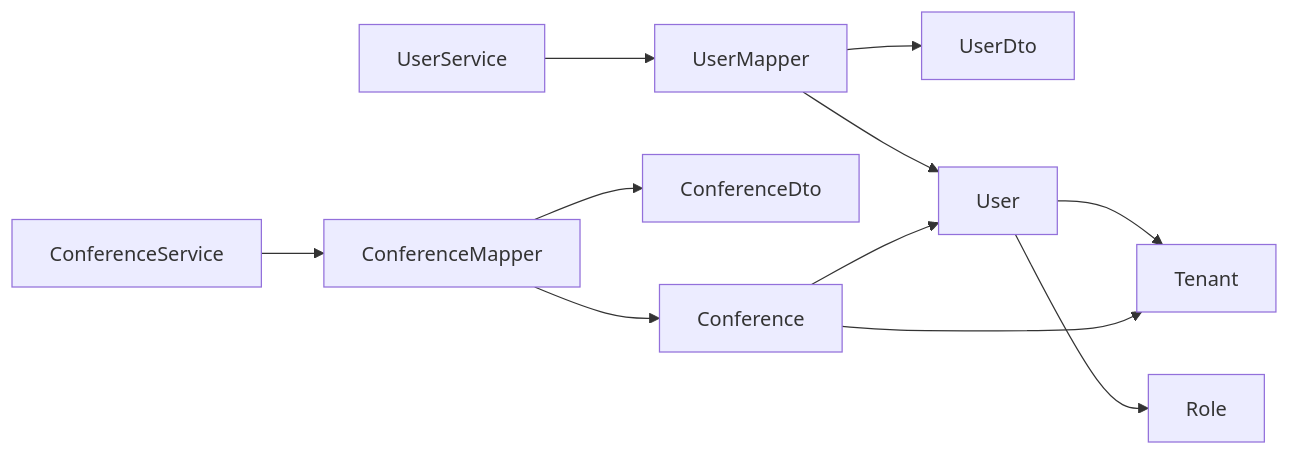
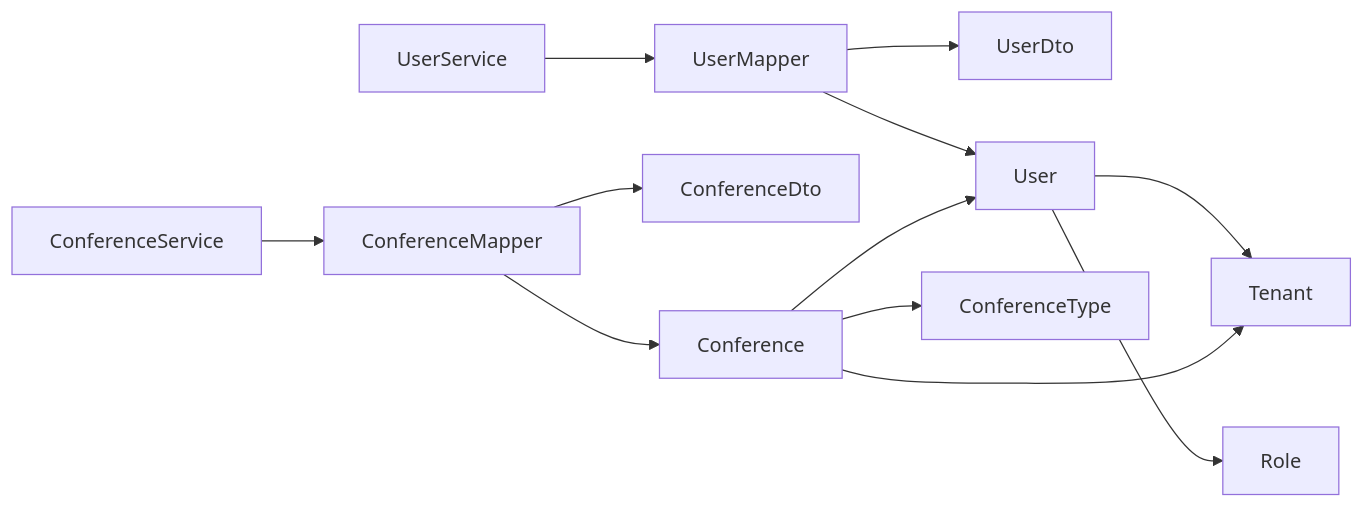
Before and after one commit to Vostrikov2014/vks-qoder: the fifth of 5 diagrams in .qoder/repowiki/en/content/Backend Modules/Application Layer/Object Mapping and Conversion.md, drawn with Mermaid. The commit also changed other lines of this file and 15 other files, not shown here.

````diff
--- a/.qoder/repowiki/en/content/Backend Modules/Application Layer/Object Mapping and Conversion.md
+++ b/.qoder/repowiki/en/content/Backend Modules/Application Layer/Object Mapping and Conversion.md
@@ -371,13 +403,14 @@
 ```mermaid
 graph LR
 USvc["UserService"] --> UM["UserMapper"]
 CSvc["ConferenceService"] --> CM["ConferenceMapper"]
 UM --> UDTO["UserDto"]
 UM --> UE["User"]
 CM --> CDTO["ConferenceDto"]
 CM --> CE["Conference"]
+CE --> CT["ConferenceType"]
 UE --> TE["Tenant"]
 UE --> RE["Role"]
 CE --> TE
 CE --> UE
 ```
````
